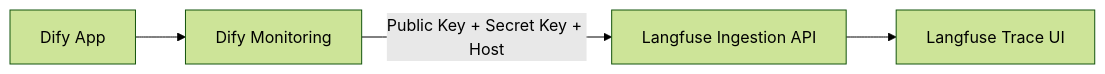
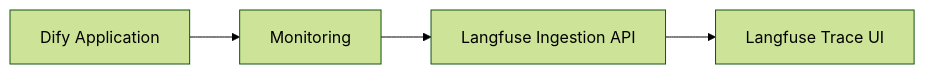
The seventh of 15 diagrams in weekly-report/phoenix-langfuse-research.md (sgfd-ui/internship), drawn with Mermaid (forest theme) before and after one commit. The commit also changed other lines of this file, not shown here.

Commit message:
docs: generalize Phoenix and Langfuse research to Agent platform scope

````diff
--- a/weekly-report/phoenix-langfuse-research.md
+++ b/weekly-report/phoenix-langfuse-research.md
@@ -285,11 +239,7 @@
 ```mermaid
 flowchart LR
-    D[Dify App]
-    M[Dify Monitoring]
-    L[Langfuse Ingestion API]
-    UI[Langfuse Trace UI]
-
-    D --> M
-    M -->|Public Key + Secret Key + Host| L
-    L --> UI
+    D[Dify Application]
+    --> M[Monitoring]
+    --> L[Langfuse Ingestion API]
+    --> UI[Langfuse Trace UI]
 ```
````
